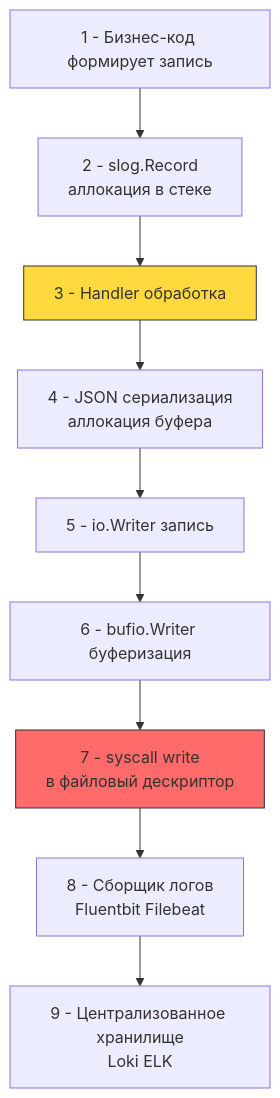
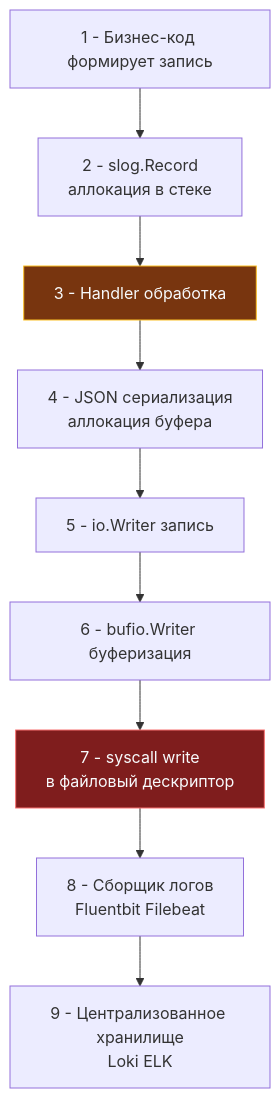
The diagram in sources/17. Безопасность (AppSec в Go)/07. Практика/3. Логирование и аудит.md (UnrealTemplier/go-textbook), drawn with Mermaid before and after one commit. The commit also changed 310 other files, not shown here.

First line of the commit message:
fix(mermaid): replace light fill colors with dark palette for readability on dark theme

````diff
--- a/sources/17. Безопасность (AppSec в Go)/07. Практика/3. Логирование и аудит.md
+++ b/sources/17. Безопасность (AppSec в Go)/07. Практика/3. Логирование и аудит.md
@@ -7,14 +7,14 @@
 ```mermaid
 flowchart TD
     A["1 - Бизнес-код формирует запись"] --> B["2 - slog.Record<br>аллокация в стеке"]
     B --> C["3 - Handler обработка"]
     C --> D["4 - JSON сериализация<br>аллокация буфера"]
     D --> E["5 - io.Writer запись"]
     E --> F["6 - bufio.Writer буферизация"]
     F --> G["7 - syscall write<br>в файловый дескриптор"]
     G --> H["8 - Сборщик логов<br>Fluentbit Filebeat"]
     H --> I["9 - Централизованное хранилище<br>Loki ELK"]
     
-    style C fill:#ffd93d,stroke:#333
-    style G fill:#ff6b6b,stroke:#333
+    style C fill:#78350f,stroke:#fbbf24,color:#f8fafc
+    style G fill:#7f1d1d,stroke:#f87171,color:#f8fafc
 ```
````
